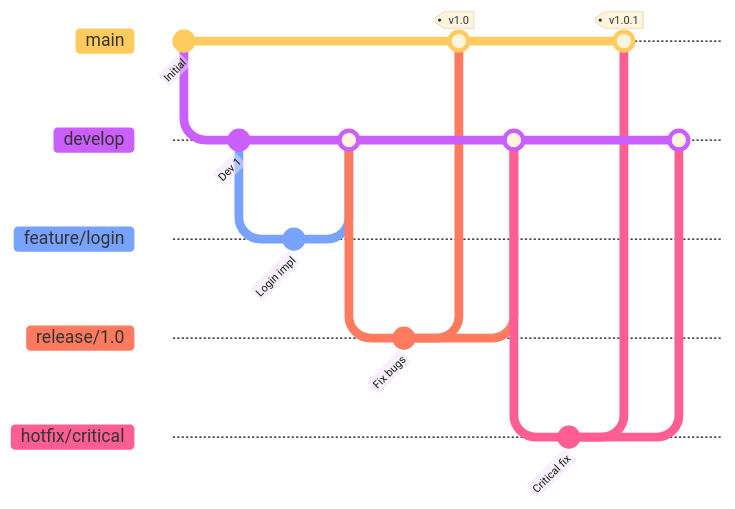
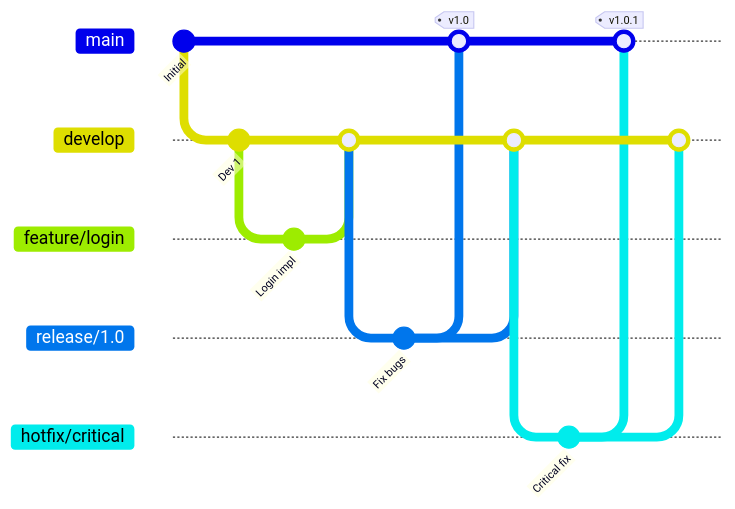
One commit to zyrass/omnydocs changed the eighth of 8 diagrams in docs/bases/outils/git.md. Above: the diagram before and after it, drawn with Mermaid. The commit also changed other lines of this file and 89 other files, not shown here.

````diff
--- a/docs/bases/outils/git.md
+++ b/docs/bases/outils/git.md
@@ -904,30 +765,26 @@
 ```mermaid
----
-config:
-  theme: "base"
----
 gitGraph
     commit id: "Initial"
     branch develop
     checkout develop
     commit id: "Dev 1"
     branch feature/login
     checkout feature/login
     commit id: "Login impl"
     checkout develop
     merge feature/login
     branch release/1.0
     checkout release/1.0
     commit id: "Fix bugs"
     checkout main
     merge release/1.0 tag: "v1.0"
     checkout develop
     merge release/1.0
     branch hotfix/critical
     checkout hotfix/critical
     commit id: "Critical fix"
     checkout main
     merge hotfix/critical tag: "v1.0.1"
     checkout develop
     merge hotfix/critical
 ```
````
